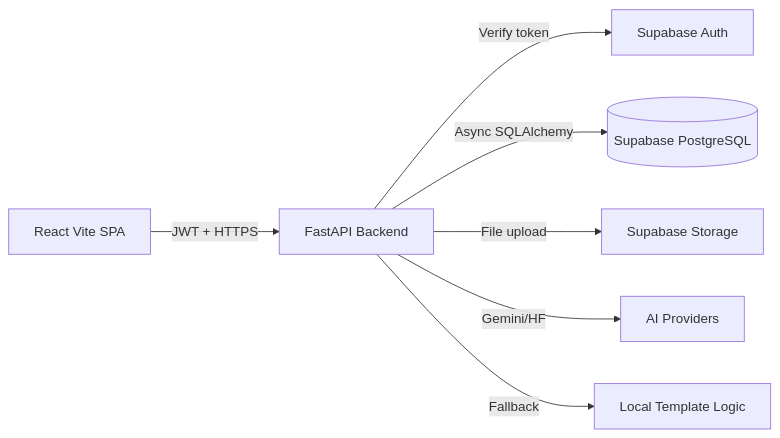
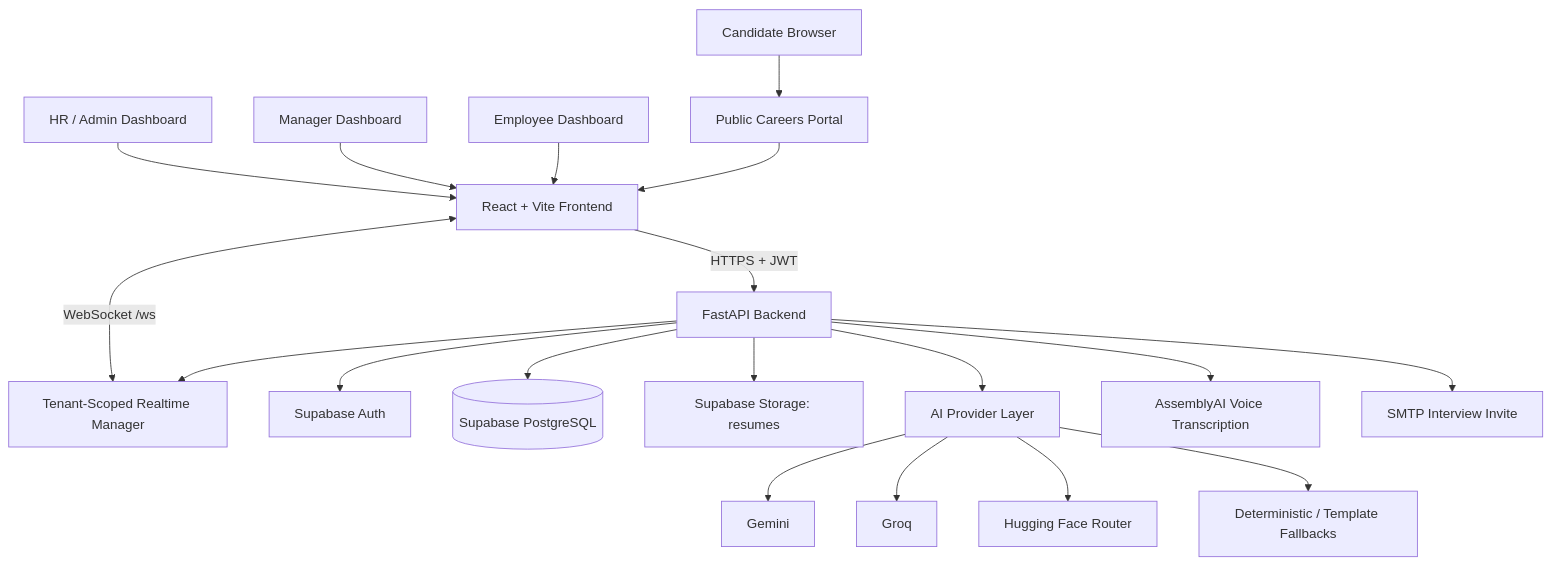
The first of 6 diagrams in README.md (pranavvenu12/ai-hiring-os), drawn with Mermaid before and after one commit. The commit also changed other lines of this file and 20 other files, not shown here.

````diff
--- a/README.md
+++ b/README.md
@@ -28,9 +149,23 @@
 ```mermaid
-graph LR
-    SPA[React Vite SPA] -->|JWT + HTTPS| API[FastAPI Backend]
-    API -->|Verify token| SupabaseAuth[Supabase Auth]
-    API -->|Async SQLAlchemy| DB[(Supabase PostgreSQL)]
-    API -->|File upload| Storage[Supabase Storage]
-    API -->|Gemini/HF| AI[AI Providers]
-    API -->|Fallback| Templates[Local Template Logic]
+flowchart TB
+    Candidate[Candidate Browser] --> Careers[Public Careers Portal]
+    HR[HR / Admin Dashboard] --> Frontend[React + Vite Frontend]
+    Manager[Manager Dashboard] --> Frontend
+    Employee[Employee Dashboard] --> Frontend
+    Careers --> Frontend
+
+    Frontend -->|HTTPS + JWT| API[FastAPI Backend]
+    Frontend <-->|WebSocket /ws| Realtime[Tenant-Scoped Realtime Manager]
+    API --> Auth[Supabase Auth]
+    API --> DB[(Supabase PostgreSQL)]
+    API --> Storage[Supabase Storage: resumes]
+    API --> AI[AI Provider Layer]
+    API --> Voice[AssemblyAI Voice Transcription]
+    API --> Email[SMTP Interview Invite]
+    API --> Realtime
+
+    AI --> Gemini[Gemini]
+    AI --> Groq[Groq]
+    AI --> HF[Hugging Face Router]
+    AI --> Fallback[Deterministic / Template Fallbacks]
 ```
````
